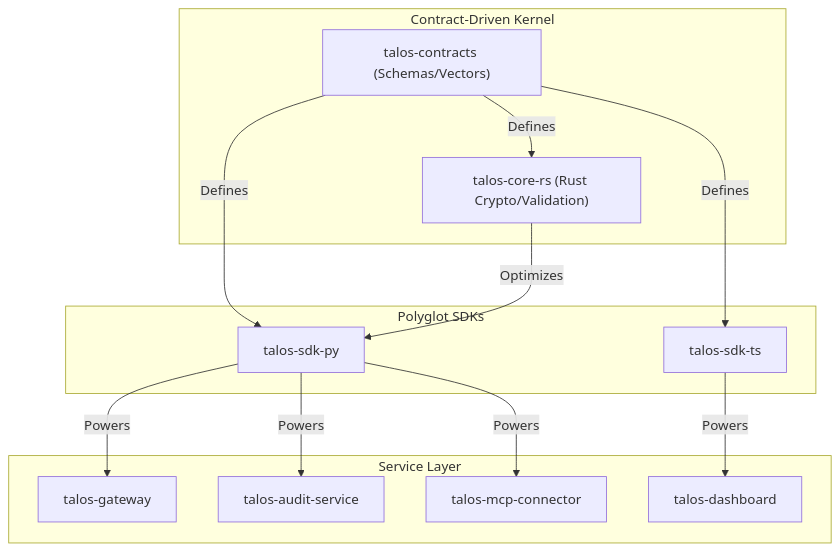
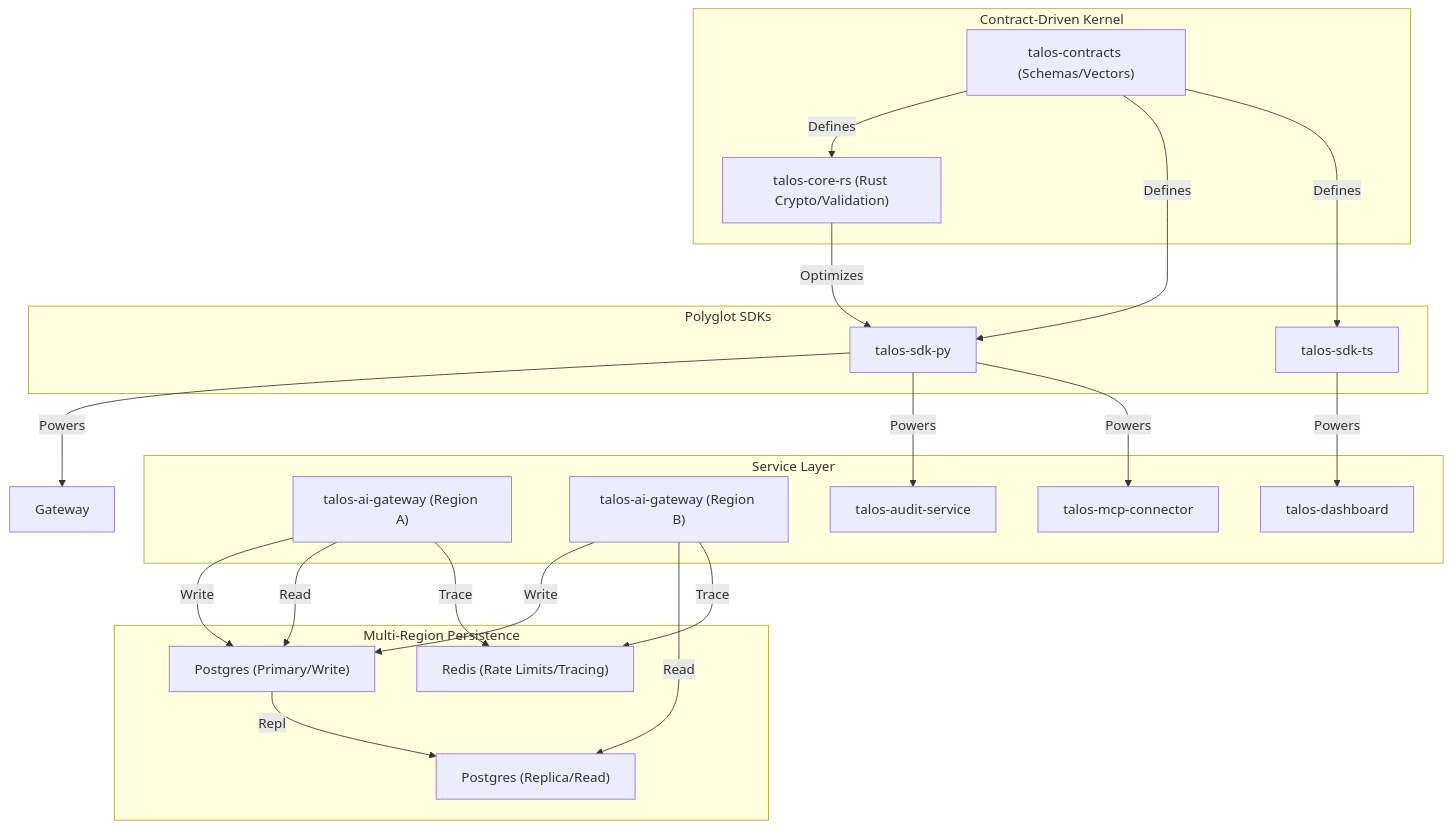
Before and after one commit to talosprotocol/talos-docs: the diagram in wiki/Architecture.md, drawn with Mermaid. The commit also changed other lines of this file and 2 other files, not shown here.

Commit message:
docs: update architecture and infrastructure for Phase 12 and AI Gateway hardening

````diff
--- a/wiki/Architecture.md
+++ b/wiki/Architecture.md
@@ -7,35 +7,51 @@
 ```mermaid
 graph TD
     %% Core Kernel (Source of Truth)
     subgraph Kernel ["Contract-Driven Kernel"]
         Contracts["talos-contracts (Schemas/Vectors)"]
         CoreRS["talos-core-rs (Rust Crypto/Validation)"]
+    end
+
+    %% Multi-Region Infrastructure
+    subgraph Infra ["Multi-Region Persistence"]
+        Primary["Postgres (Primary/Write)"]
+        Replica["Postgres (Replica/Read)"]
+        Cache["Redis (Rate Limits/Tracing)"]
     end
 
     %% SDK Layer (Ports & Adapters)
     subgraph SDK ["Polyglot SDKs"]
         SDK_PY[talos-sdk-py]
         SDK_TS[talos-sdk-ts]
     end
 
     %% Service Layer (Consumers)
     subgraph Services ["Service Layer"]
-        Gateway[talos-gateway]
-        Audit[talos-audit-service]
-        Connector[talos-mcp-connector]
-        Dashboard[talos-dashboard]
+        Gateway_A["talos-ai-gateway (Region A)"]
+        Gateway_B["talos-ai-gateway (Region B)"]
+        Audit["talos-audit-service"]
+        Connector["talos-mcp-connector"]
+        Dashboard["talos-dashboard"]
     end
+
+    %% Multi-Region Flow
+    Gateway_A -->|Write| Primary
+    Gateway_A -->|Read| Primary
+    Gateway_B -->|Write| Primary
+    Gateway_B -->|Read| Replica
+    Primary -->|Repl| Replica
+    Gateway_A & Gateway_B -->|Trace| Cache
 
     %% Relationships
     Contracts -->|Defines| CoreRS
     Contracts -->|Defines| SDK_PY
     Contracts -->|Defines| SDK_TS
 
     CoreRS -->|Optimizes| SDK_PY
 
     SDK_PY -->|Powers| Gateway
     SDK_PY -->|Powers| Audit
     SDK_PY -->|Powers| Connector
 
     SDK_TS -->|Powers| Dashboard
 ```
````
